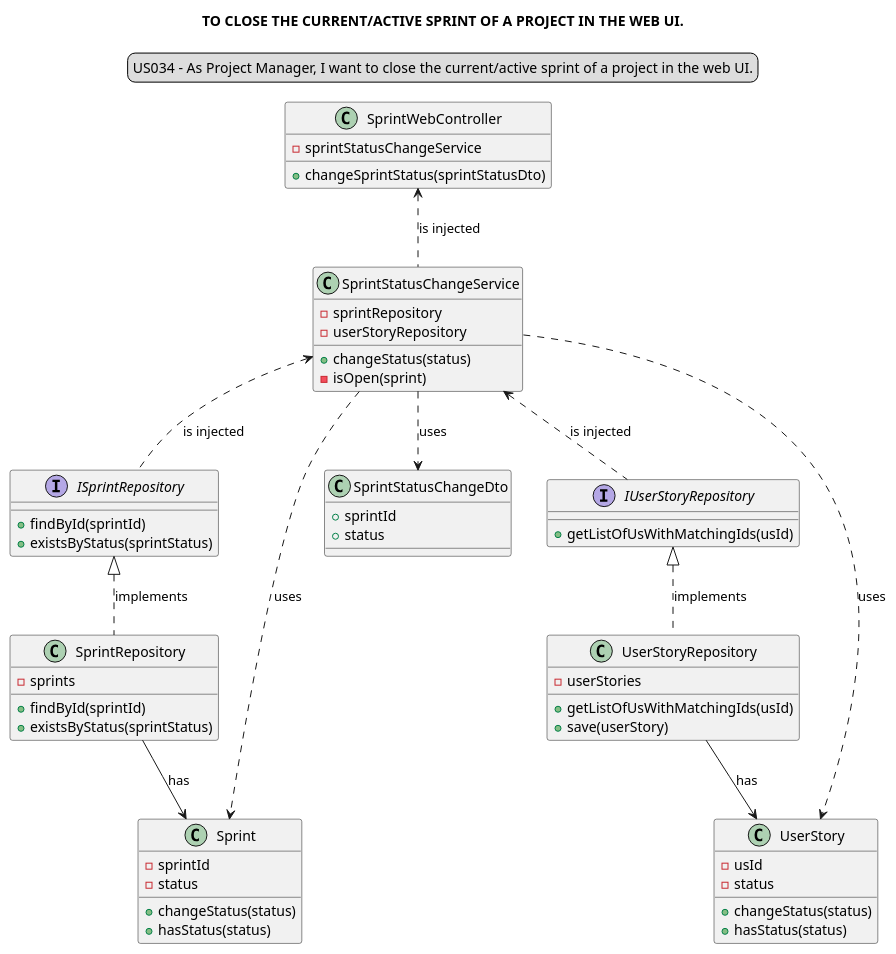
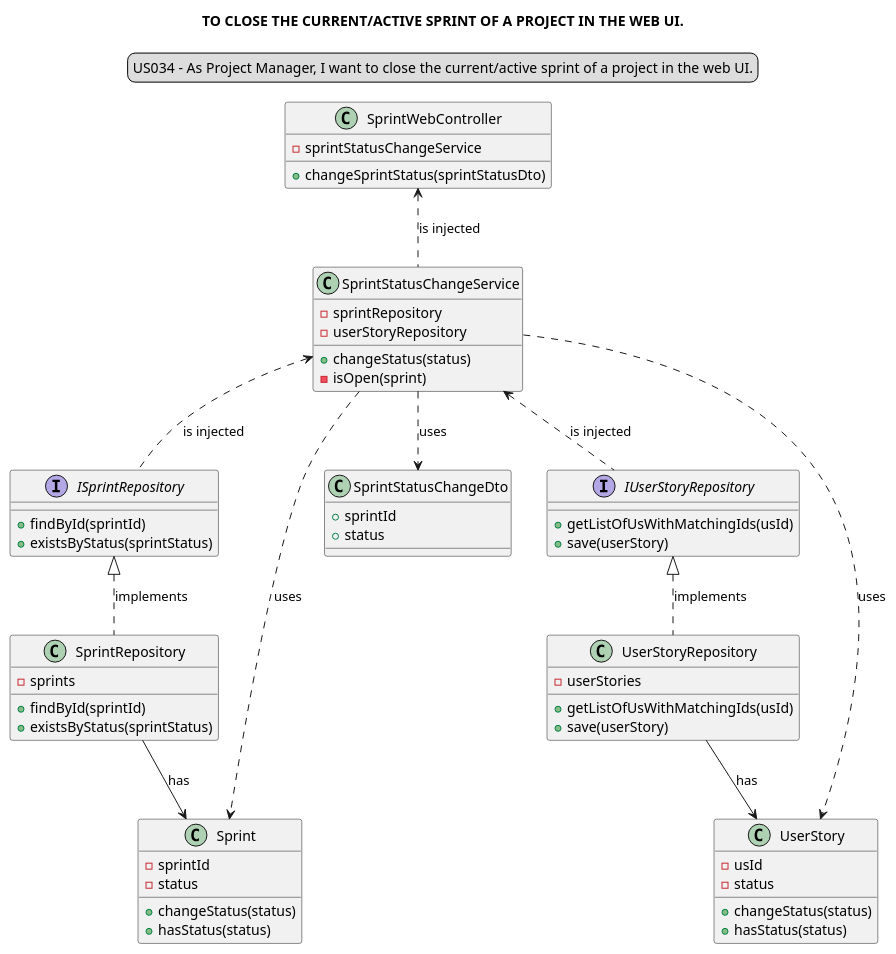
Before and after one commit to Loracline/project_switch_22-23: the diagram in docs/modelling_design/user_stories/sprint07/us034/US034_classDiagram_ddd.puml, drawn with PlantUML. The commit also changed 1 other file, not shown here.

Commit message:
US034: Design: Updated Class Diagrams (DDD and Jpa), addresses #665

```diff
--- a/docs/modelling_design/user_stories/sprint07/us034/US034_classDiagram_ddd.puml
+++ b/docs/modelling_design/user_stories/sprint07/us034/US034_classDiagram_ddd.puml
@@ -1,73 +1,74 @@
 @startuml
 
 skinparam sequenceMessageAlign center
 title TO CLOSE THE CURRENT/ACTIVE SPRINT OF A PROJECT IN THE WEB UI.
 legend top
 US034 - As Project Manager, I want to close the current/active sprint of a project in the web UI.
 end legend
 
 
 class SprintWebController {
 - sprintStatusChangeService
 + changeSprintStatus(sprintStatusDto)
 }
 
 class SprintStatusChangeService {
 - sprintRepository
 - userStoryRepository
 + changeStatus(status)
 - isOpen(sprint)
 }
 
 interface ISprintRepository {
 + findById(sprintId)
 + existsByStatus(sprintStatus)
 }
 
 class SprintRepository {
 - sprints
 + findById(sprintId)
 + existsByStatus(sprintStatus)
 }
 
 class Sprint {
 - sprintId
 - status
 + changeStatus(status)
 + hasStatus(status)
 }
 
 class SprintStatusChangeDto {
 + sprintId
 + status
 }
 
 interface IUserStoryRepository {
 + getListOfUsWithMatchingIds(usId)
++ save(userStory)
 }
 
 class UserStoryRepository {
 - userStories
 + getListOfUsWithMatchingIds(usId)
 + save(userStory)
 }
 
 class UserStory {
 - usId
 - status
 + changeStatus(status)
 + hasStatus(status)
 }
 
 SprintWebController <.. SprintStatusChangeService: is injected
 SprintStatusChangeService <.. ISprintRepository: is injected
 SprintStatusChangeService <.. IUserStoryRepository: is injected
 ISprintRepository <|.. SprintRepository: implements
 IUserStoryRepository <|.. UserStoryRepository: implements
 SprintRepository --> Sprint: has
 UserStoryRepository --> UserStory: has
 SprintStatusChangeService ..> Sprint: uses
 SprintStatusChangeService ..> UserStory: uses
 SprintStatusChangeService ..> SprintStatusChangeDto: uses
 
 @enduml
```
